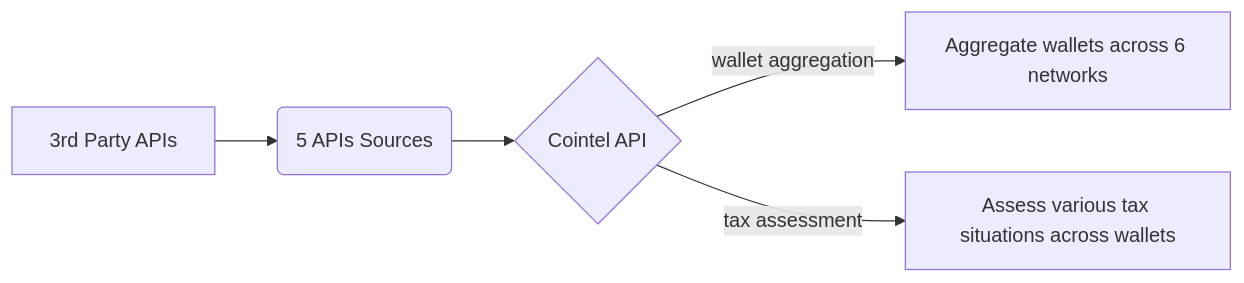
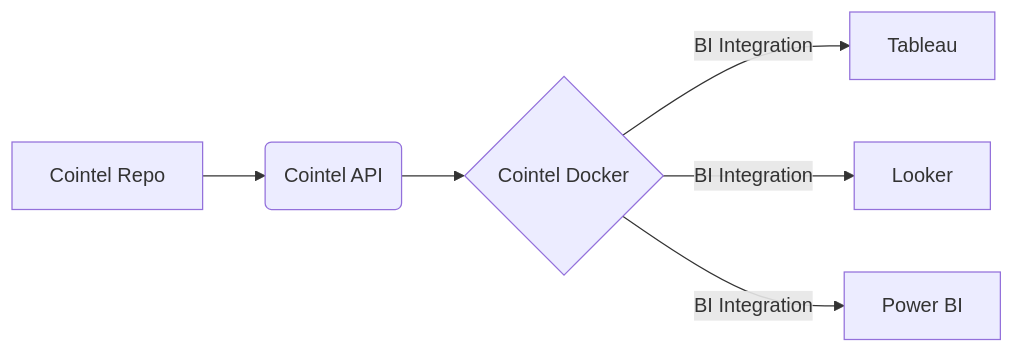
The diagram in README.md (cointelfinance/cointel-docker), drawn with Mermaid before and after one commit. The commit also changed other lines of this file, not shown here.

Commit message:
update readm e and docker image location

````diff
--- a/README.md
+++ b/README.md
@@ -9,7 +5,8 @@
 ```mermaid
 flowchart LR
-A[3rd Party APIs] --> B(5 APIs Sources)
-B --> C{Cointel API}
-C -->|wallet aggregation| D[Aggregate wallets across 6 networks]
-C -->|tax assessment| E[Assess various tax situations across wallets]
+A[Cointel Repo] --> B(Cointel API)
+B --> C{Cointel Docker}
+C -->|BI Integration| D[Tableau]
+C -->|BI Integration| E[Looker]
+C -->|BI Integration| F[Power BI]
 ```
````
